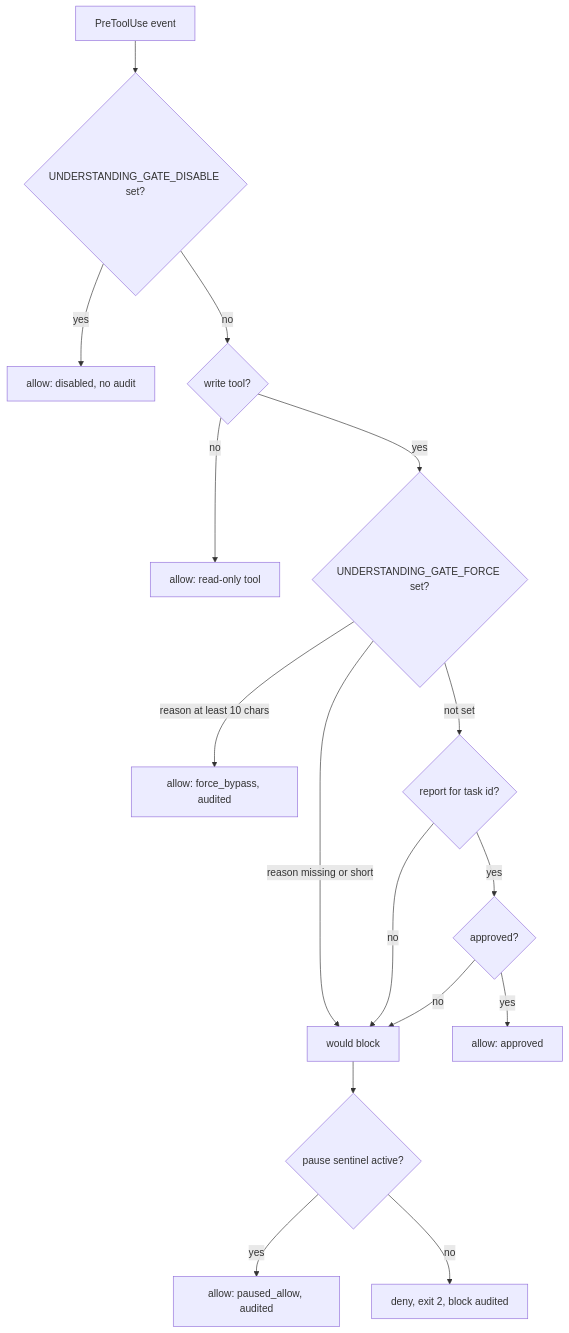
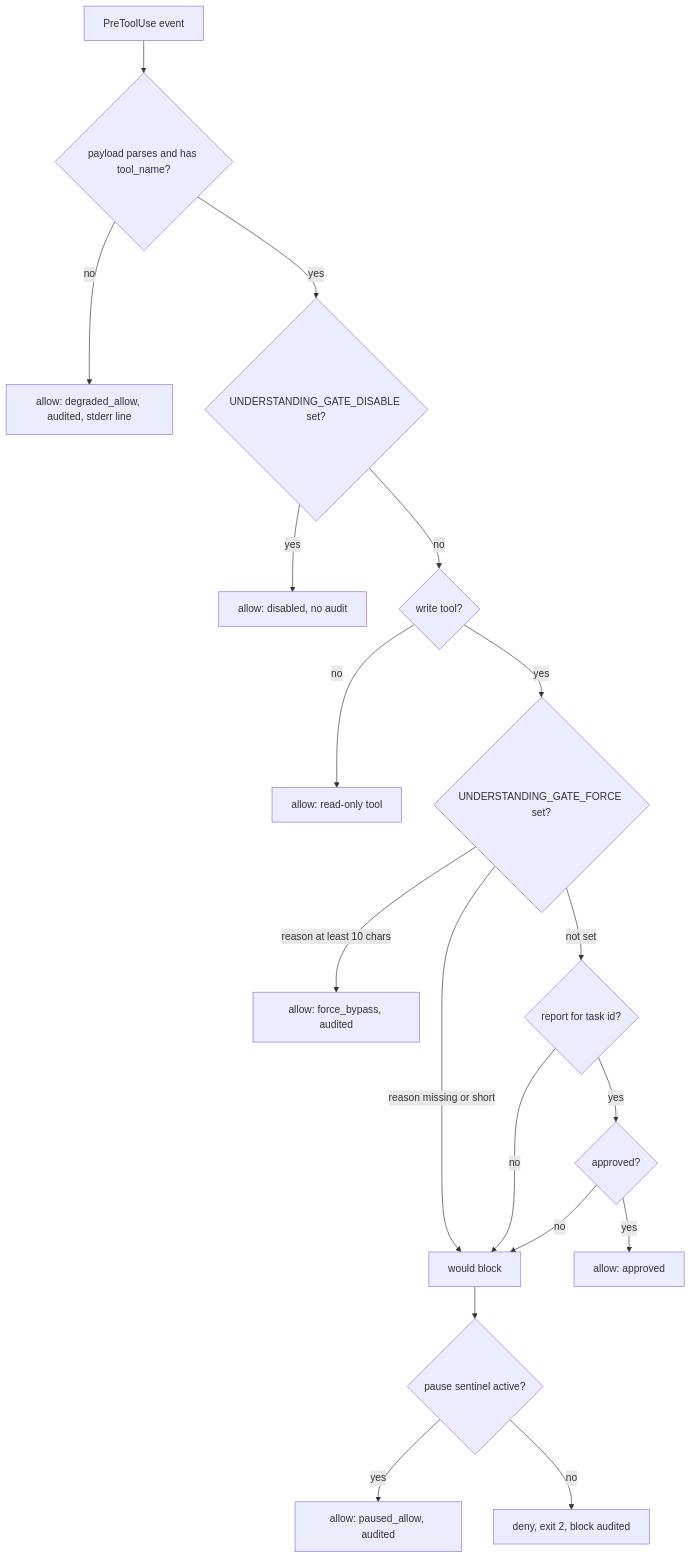
One commit to LanNguyenSi/agent-grounding changed the diagram in packages/understanding-gate/docs/gate-behavior.md. Above: the diagram before and after it, drawn with Mermaid. The commit also changed other lines of this file and 4 other files, not shown here.

First line of the commit message:
docs: show the degraded payload path and harness's own disable check

````diff
--- a/packages/understanding-gate/docs/gate-behavior.md
+++ b/packages/understanding-gate/docs/gate-behavior.md
@@ -7,18 +7,20 @@
 ```mermaid
 flowchart TD
-  E[PreToolUse event] --> D{UNDERSTANDING_GATE_DISABLE set?}
+  E[PreToolUse event] --> V{payload parses and has tool_name?}
+  V -->|no| A0["allow: degraded_allow, audited, stderr line"]
+  V -->|yes| D{UNDERSTANDING_GATE_DISABLE set?}
   D -->|yes| A1["allow: disabled, no audit"]
   D -->|no| W{write tool?}
   W -->|no| A2["allow: read-only tool"]
   W -->|yes| F{UNDERSTANDING_GATE_FORCE set?}
   F -->|reason at least 10 chars| A3["allow: force_bypass, audited"]
   F -->|reason missing or short| B[would block]
   F -->|not set| R{report for task id?}
   R -->|no| B
   R -->|yes| P{approved?}
   P -->|no| B
   P -->|yes| A4["allow: approved"]
   B --> S{pause sentinel active?}
   S -->|yes| A5["allow: paused_allow, audited"]
   S -->|no| X["deny, exit 2, block audited"]
 ```
````
